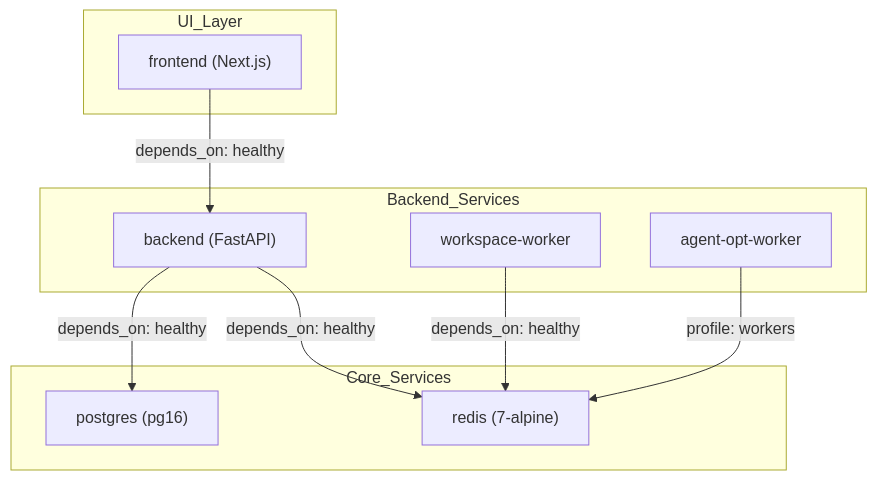
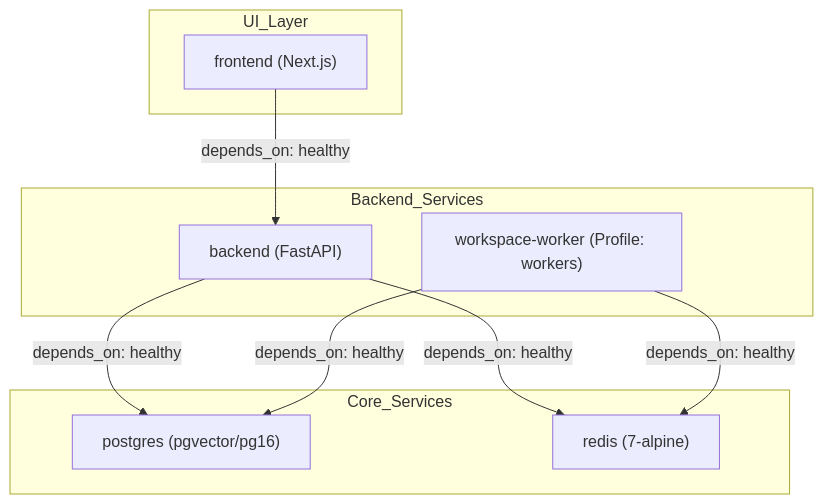
Before and after one commit to AutomatosAI/automatos-ai: the second of 2 diagrams in docs/deployment-infrastructure/docker-containerization.md, drawn with Mermaid. The commit also changed other lines of this file and 153 other files, not shown here.

````diff
--- a/docs/deployment-infrastructure/docker-containerization.md
+++ b/docs/deployment-infrastructure/docker-containerization.md
@@ -163,24 +135,22 @@
 ```mermaid
 graph TD
     subgraph "Core_Services"
-        PG["postgres (pg16)"]
+        PG["postgres (pgvector/pg16)"]
         RD["redis (7-alpine)"]
     end
 
     subgraph "Backend_Services"
         BACK["backend (FastAPI)"]
-        WSW["workspace-worker"]
-        AOW["agent-opt-worker"]
+        WSW["workspace-worker (Profile: workers)"]
     end
 
     subgraph "UI_Layer"
         FRONT["frontend (Next.js)"]
     end
 
     BACK -- "depends_on: healthy" --> PG
     BACK -- "depends_on: healthy" --> RD
     WSW -- "depends_on: healthy" --> RD
+    WSW -- "depends_on: healthy" --> PG
     FRONT -- "depends_on: healthy" --> BACK
-    
-    AOW -- "profile: workers" --> RD
 ```
````
